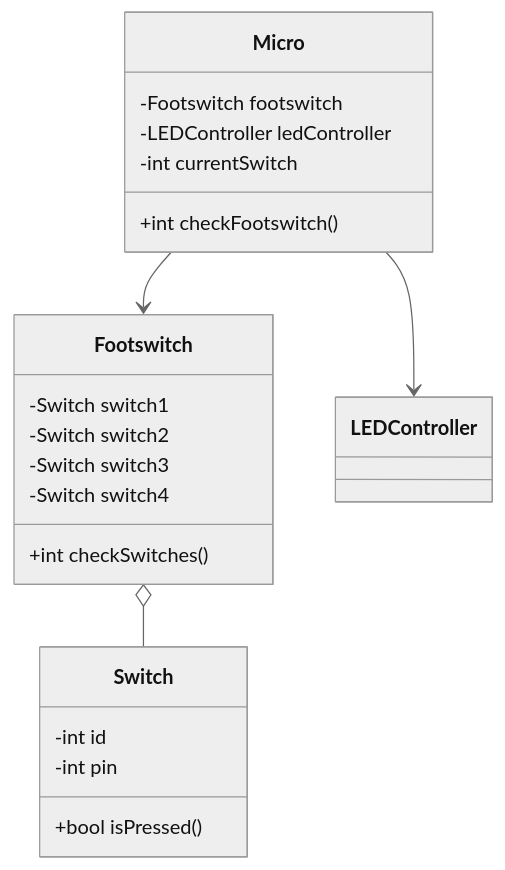
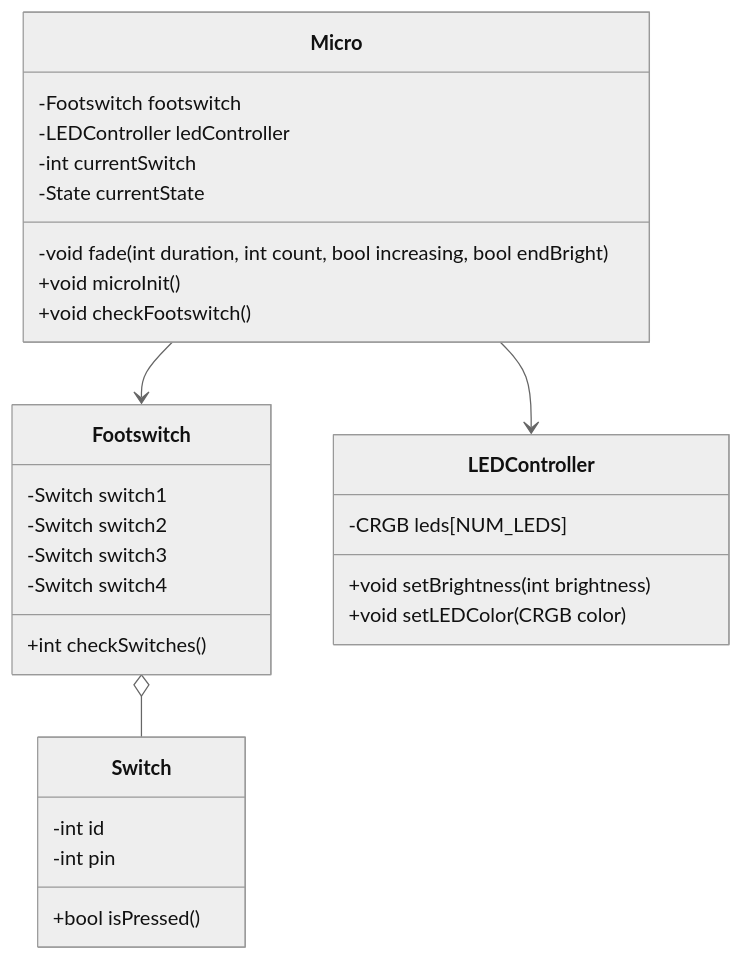
The diagram in doc/design/module/Module.md (c-coyne/logic-pro-transport-controller), drawn with Mermaid (neutral theme) before and after one commit. The commit also changed 3 other files, not shown here.

Commit message:
Changed Micro::fade function to use brightness instead of color

````diff
--- a/doc/design/module/Module.md
+++ b/doc/design/module/Module.md
@@ -3,27 +3,32 @@
 ```mermaid
 classDiagram
     Footswitch o-- Switch
     Micro --> Footswitch
     Micro --> LEDController
     class Switch{
         -int id
         -int pin
         +bool isPressed()
     }
     class Footswitch{
         -Switch switch1
         -Switch switch2
         -Switch switch3
         -Switch switch4
         +int checkSwitches()
     }
     class Micro{
         -Footswitch footswitch
         -LEDController ledController
         -int currentSwitch
-        +int checkFootswitch()
+        -State currentState
+        -void fade(int duration, int count, bool increasing, bool endBright)
+        +void microInit()
+        +void checkFootswitch()
     }
     class LEDController{
-
+        -CRGB leds[NUM_LEDS]
+        +void setBrightness(int brightness)
+        +void setLEDColor(CRGB color)
     }
 ```
````
